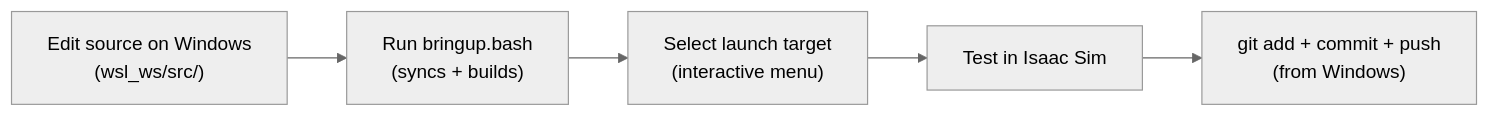
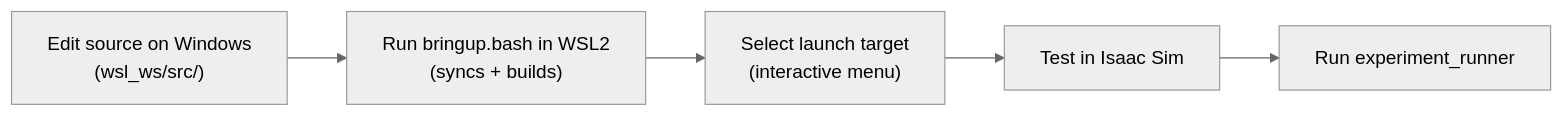
Before and after one commit to mincasurong/IsaacSim_GeminiRobotics: the third of 3 diagrams in docs/DEVELOPMENT.md, drawn with Mermaid (neutral theme). The commit also changed other lines of this file and 4 other files, not shown here.

````diff
--- a/docs/DEVELOPMENT.md
+++ b/docs/DEVELOPMENT.md
@@ -107,7 +175,7 @@
 ```mermaid
 flowchart LR
-    Edit["Edit source on Windows<br/>(wsl_ws/src/)"] --> Bringup["Run bringup.bash<br/>(syncs + builds)"]
-    Bringup --> Launch["Select launch target<br/>(interactive menu)"]
-    Launch --> Test["Test in Isaac Sim"]
-    Test --> Commit["git add + commit + push<br/>(from Windows)"]
+    Edit["Edit source on Windows<br/>(wsl_ws/src/)"] --> Sync["Run bringup.bash in WSL2<br/>(syncs + builds)"]
+    Sync --> Launch["Select launch target<br/>(interactive menu)"]
+    Launch --> Sim["Test in Isaac Sim"]
+    Sim --> Bench["Run experiment_runner"]
 ```
````
